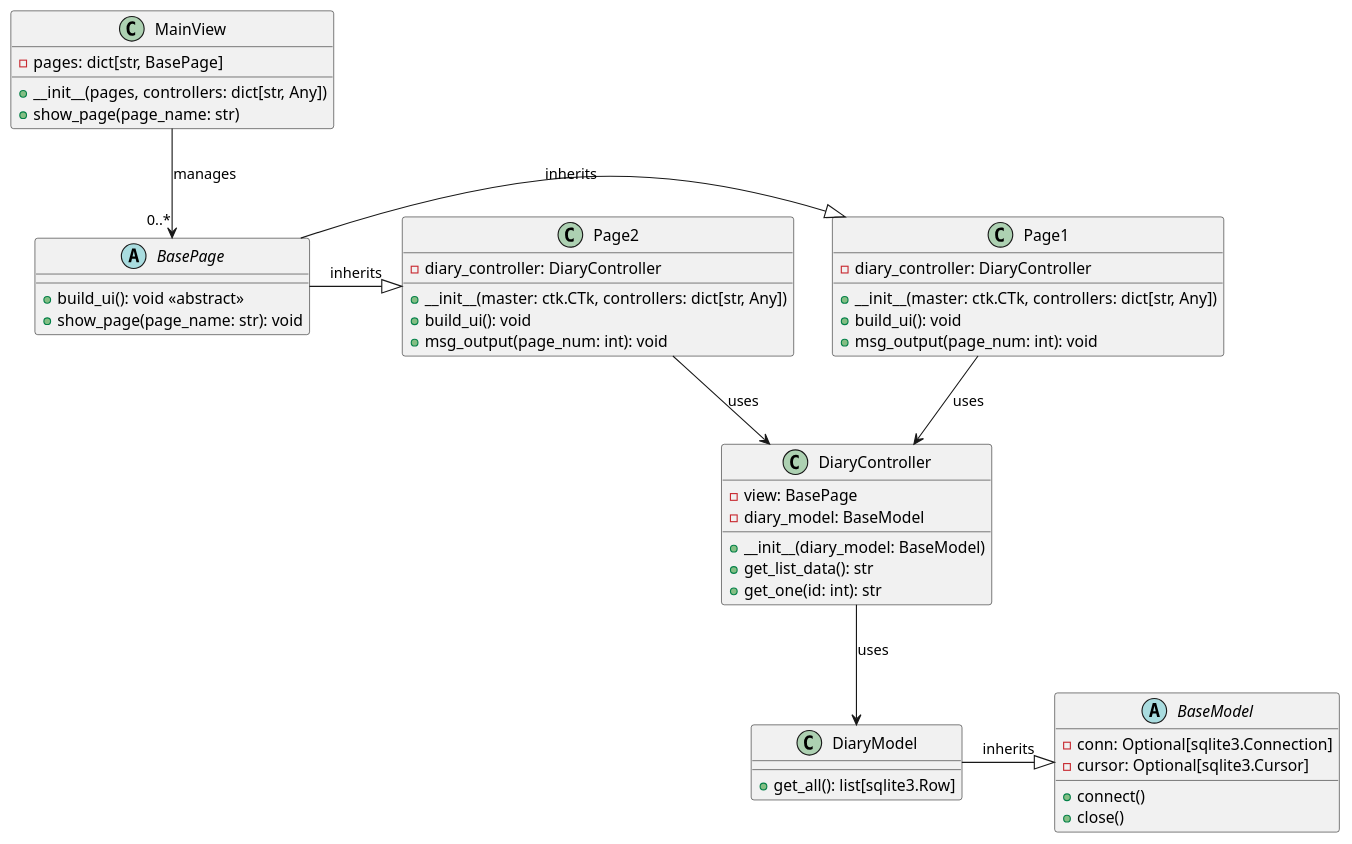
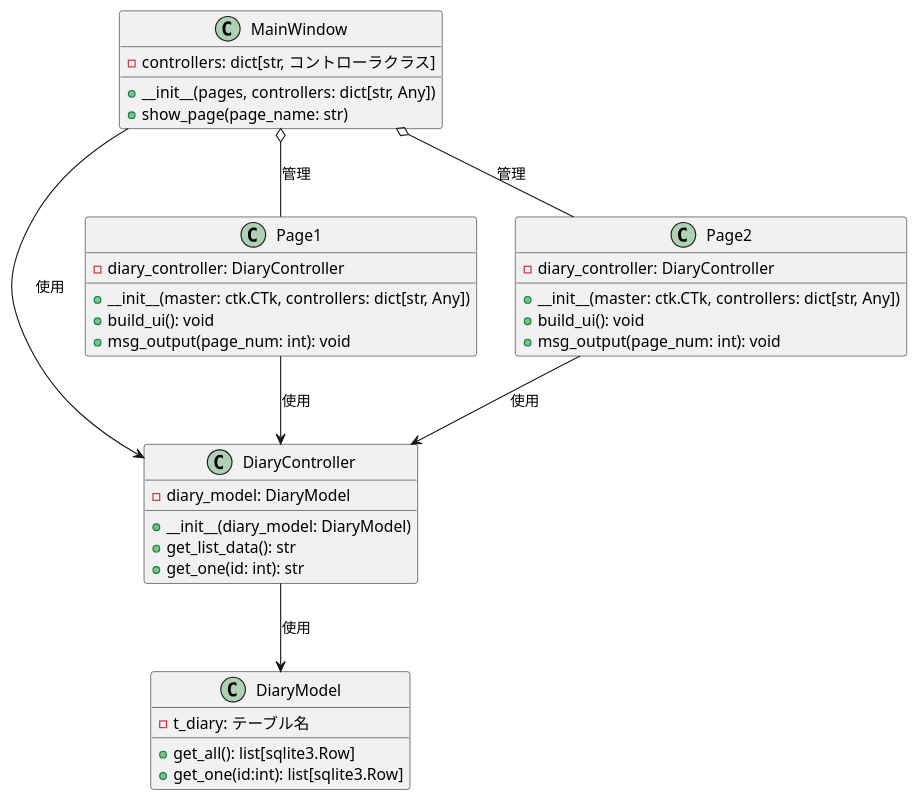
One commit to homan05872/Template_customtkinter_mvc changed the diagram in 設計/class.pu. Above: the diagram before and after it, drawn with PlantUML. The commit also changed other lines of this file and 35 other files, not shown here.

```diff
--- a/設計/class.pu
+++ b/設計/class.pu
@@ -2,57 +1,45 @@
 @startuml name
 
-' Define classes
-class MainView {
-    - pages: dict[str, BasePage]
+' クラス定義
+class MainWindow {
+    - controllers: dict[str, コントローラクラス]
     + __init__(pages, controllers: dict[str, Any])
     + show_page(page_name: str)
 }
 
 class DiaryController {
-    - view: BasePage
-    - diary_model: BaseModel
-    + __init__(diary_model: BaseModel)
+    - diary_model: DiaryModel
+    + __init__(diary_model: DiaryModel)
     + get_list_data(): str
     + get_one(id: int): str
 }
 
-abstract BaseModel {
-    - conn: Optional[sqlite3.Connection]
-    - cursor: Optional[sqlite3.Cursor]
-    + connect()
-    + close()
-}
-
 class DiaryModel {
+    - t_diary: テーブル名
     + get_all(): list[sqlite3.Row]
-}
-
-abstract BasePage {
-    + build_ui(): void <<abstract>>
-    + show_page(page_name: str): void
+    + get_one(id:int): list[sqlite3.Row]
 }
 
 class Page1 {
     - diary_controller: DiaryController
     + __init__(master: ctk.CTk, controllers: dict[str, Any])
     + build_ui(): void
     + msg_output(page_num: int): void
 }
 
 class Page2 {
     - diary_controller: DiaryController
     + __init__(master: ctk.CTk, controllers: dict[str, Any])
     + build_ui(): void
     + msg_output(page_num: int): void
 }
 
-' Define relationships
-MainView --> "0..*" BasePage : manages
-Page1 --> DiaryController : uses
-Page2 --> DiaryController : uses
-DiaryController --> DiaryModel : uses
-DiaryModel -|> BaseModel : inherits
-BasePage -|> Page1 : inherits
-BasePage -|> Page2 : inherits
+' クラスの関連性を表す
+MainWindow o-- Page1 : 管理
+MainWindow o-- Page2 : 管理
+MainWindow --> DiaryController : 使用
+DiaryController --> DiaryModel : 使用
+Page1 --> DiaryController : 使用
+Page2 --> DiaryController : 使用
 
 @enduml
```
